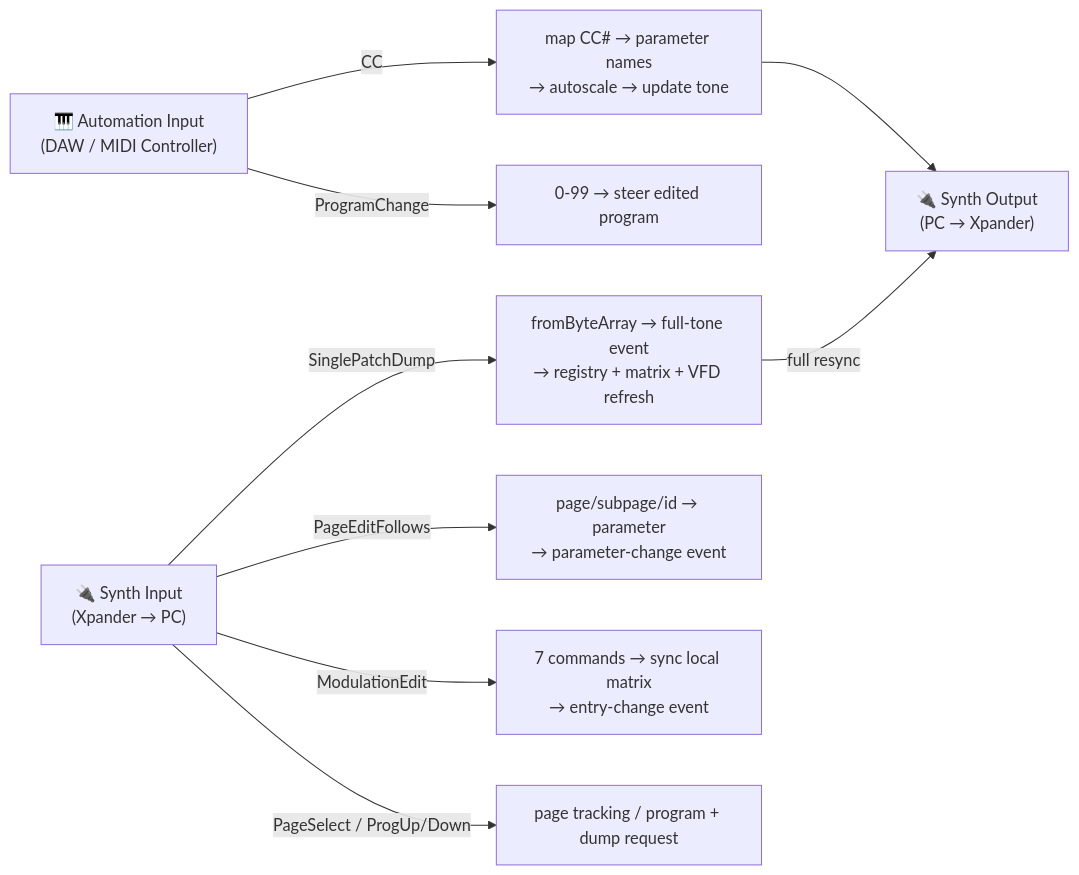
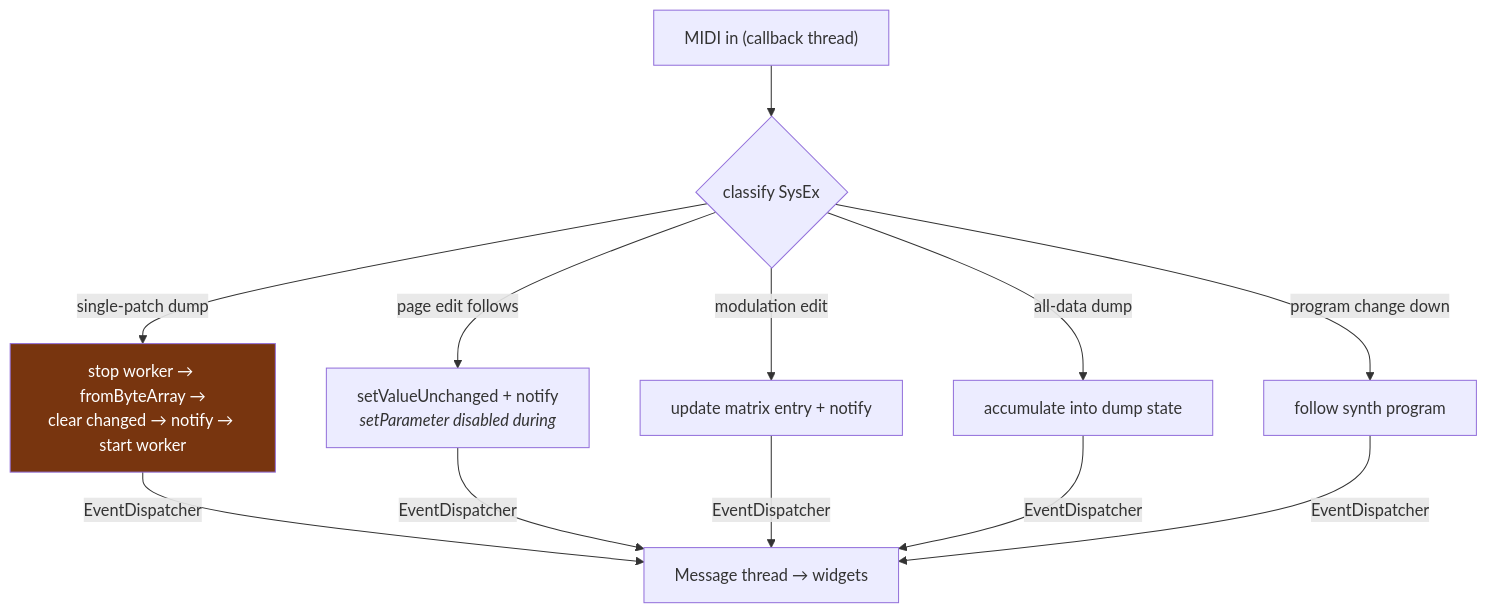
Diagram 14 of 18 in docs/architecture-analysis.md (xplorer2716/XplorerEditor), drawn with Mermaid before and after one commit. The commit also changed other lines of this file, not shown here.

First line of the commit message:
Rewrite the architecture document as a standalone reference for the JUCE implementation

````diff
--- a/docs/architecture-analysis.md
+++ b/docs/architecture-analysis.md
@@ -581,15 +743,12 @@
 ```mermaid
-flowchart LR
-    AutoIn["🎹 Automation Input\n(DAW / MIDI Controller)"]
-    SynthIn["🔌 Synth Input\n(Xpander → PC)"]
-    SynthOut["🔌 Synth Output\n(PC → Xpander)"]
+flowchart TB
+    IN["MIDI in (callback thread)"] --> CLS{"classify SysEx"}
+    CLS -->|single-patch dump| RELOAD["stop worker → fromByteArray →<br/>clear changed → notify → start worker"]
+    CLS -->|page edit follows| PE["setValueUnchanged + notify<br/><i>setParameter disabled during</i>"]
+    CLS -->|modulation edit| ME["update matrix entry + notify"]
+    CLS -->|all-data dump| AD["accumulate into dump state"]
+    CLS -->|program change down| PC["follow synth program"]
+    RELOAD & PE & ME & AD & PC -->|EventDispatcher| UI["Message thread → widgets"]
 
-    AutoIn -->|CC| AutoHandler["map CC# → parameter names\n→ autoscale → update tone"]
-    AutoIn -->|ProgramChange| AutoPC["0-99 → steer edited program"]
-    SynthIn -->|SinglePatchDump| ToneUpdate["fromByteArray → full-tone event\n→ registry + matrix + VFD refresh"]
-    SynthIn -->|PageEditFollows| ParamUpdate["page/subpage/id → parameter\n→ parameter-change event"]
-    SynthIn -->|ModulationEdit| ModMatrix["7 commands → sync local matrix\n→ entry-change event"]
-    SynthIn -->|PageSelect / ProgUp/Down| ProgChange["page tracking / program + dump request"]
-    AutoHandler --> SynthOut
-    ToneUpdate -->|full resync| SynthOut
+    style RELOAD fill:#78350f,color:#fff
 ```
````
